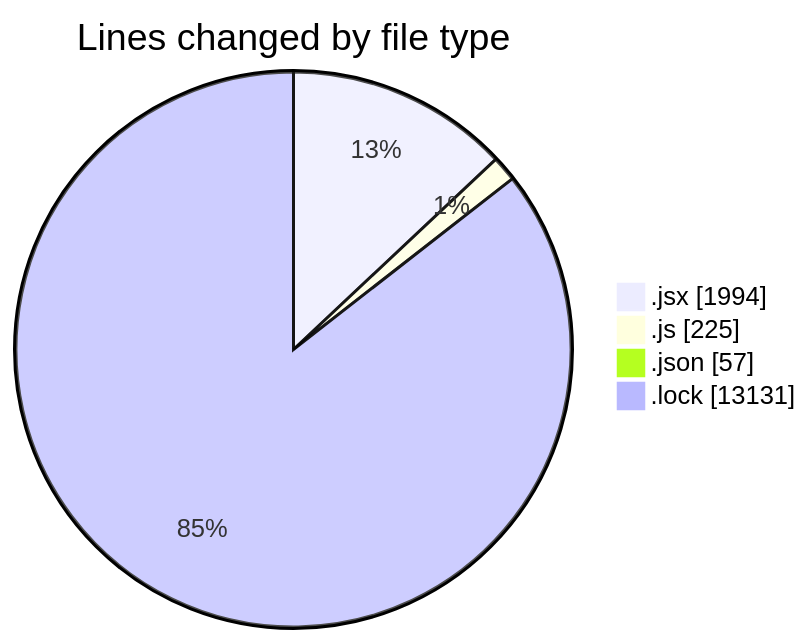
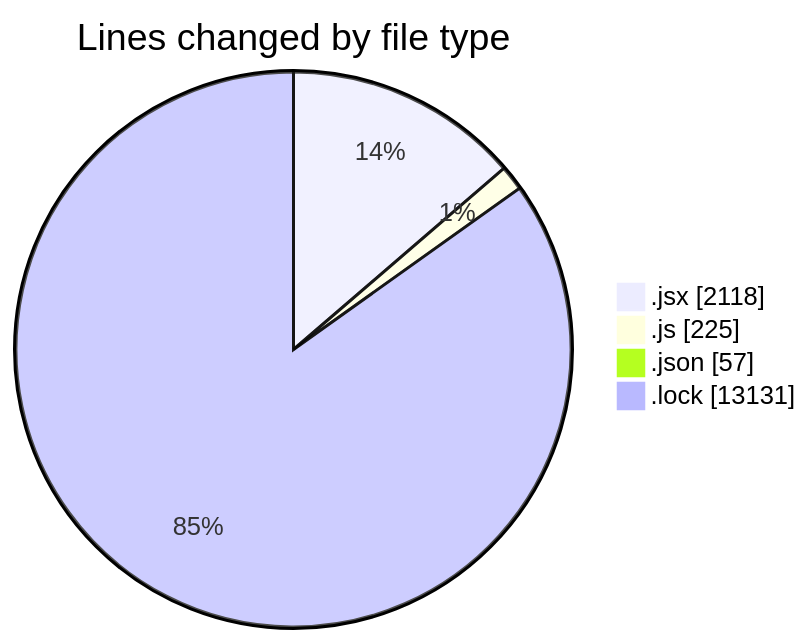
One commit to momahboobian/code-tracking changed the first of 2 diagrams in 2026-02-10/cda/README.md. Above: the diagram before and after it, drawn with Mermaid. The commit also changed other lines of this file and 1 other file, not shown here.

````diff
--- a/2026-02-10/cda/README.md
+++ b/2026-02-10/cda/README.md
@@ -36,8 +36,8 @@
 ```mermaid
 pie showData
 title Lines changed by file type
-".jsx" : 1994
+".jsx" : 2118
 ".js" : 225
 ".json" : 57
 ".lock" : 13131
 ```
````
